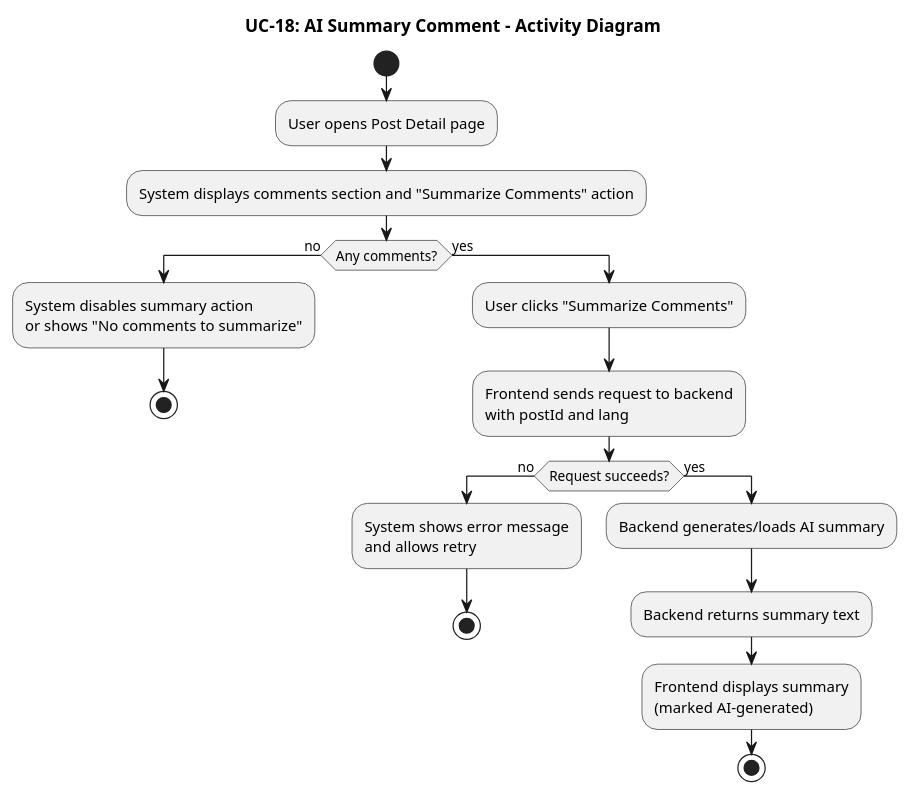
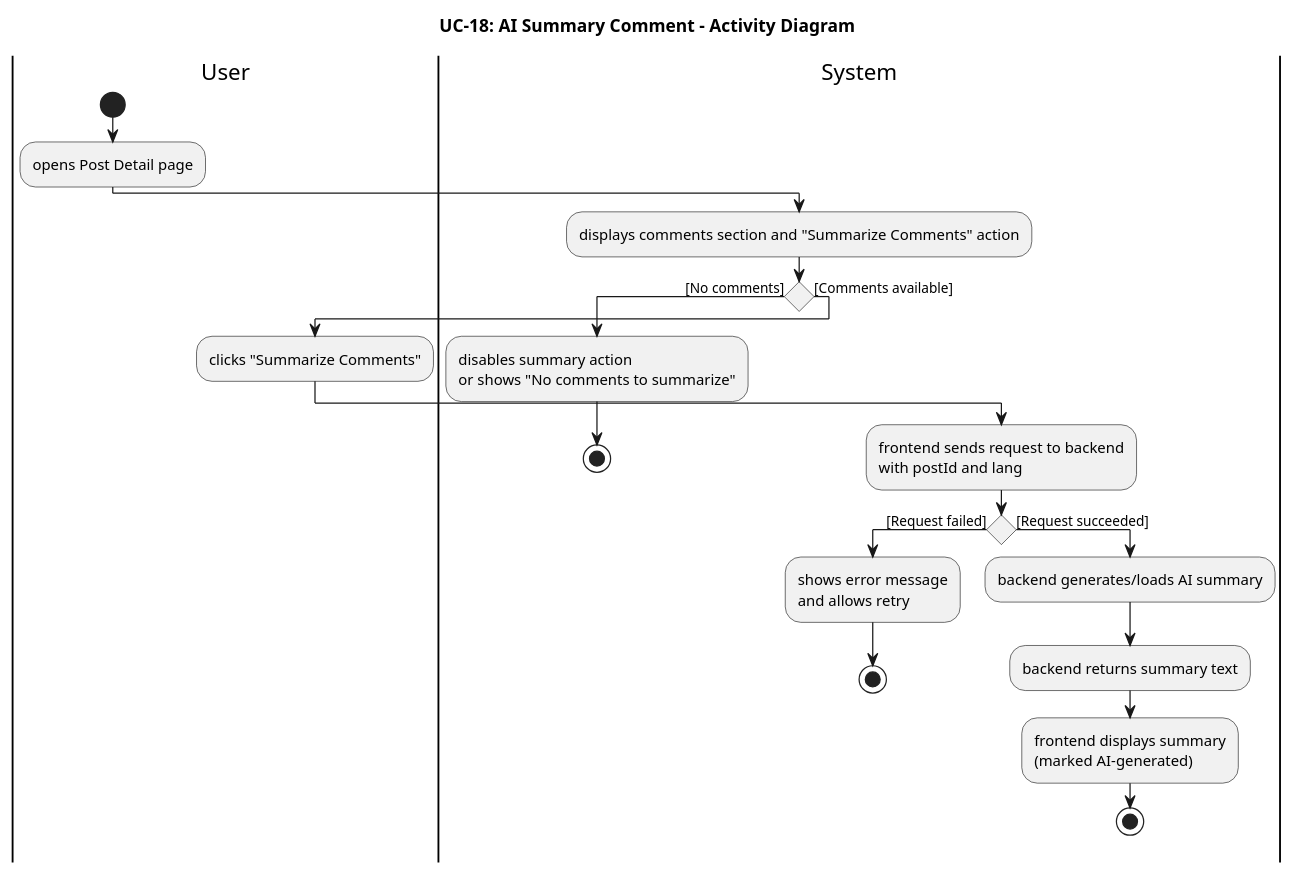
Diagram 20 of 27 in springboot-backend/BridgeU-SRS.md (pzyllll/BridgeU), drawn with PlantUML before and after one commit. The commit also changed other lines of this file and 5 other files, not shown here.

````diff
--- a/springboot-backend/BridgeU-SRS.md
+++ b/springboot-backend/BridgeU-SRS.md
@@ -2347,27 +2616,34 @@
 ```plantuml
 @startuml UC18_Activity_Diagram
 title UC-18: AI Summary Comment - Activity Diagram
 
+|User|
 start
-:User opens Post Detail page;
-:System displays comments section and "Summarize Comments" action;
+:opens Post Detail page;
 
-if (Any comments?) then (no)
-  :System disables summary action\nor shows "No comments to summarize";
+|System|
+:displays comments section and "Summarize Comments" action;
+
+if () then ([No comments])
+  :disables summary action\nor shows "No comments to summarize";
   stop
-else (yes)
-  :User clicks "Summarize Comments";
-  :Frontend sends request to backend\nwith postId and lang;
-  if (Request succeeds?) then (no)
-    :System shows error message\nand allows retry;
+else ([Comments available])
+  |User|
+  :clicks "Summarize Comments";
+  
+  |System|
+  :frontend sends request to backend\nwith postId and lang;
+  
+  if () then ([Request failed])
+    :shows error message\nand allows retry;
     stop
-  else (yes)
-    :Backend generates/loads AI summary;
-    :Backend returns summary text;
-    :Frontend displays summary\n(marked AI-generated);
+  else ([Request succeeded])
+    :backend generates/loads AI summary;
+    :backend returns summary text;
+    :frontend displays summary\n(marked AI-generated);
     stop
   endif
 endif
 
 @enduml
 ```
````
